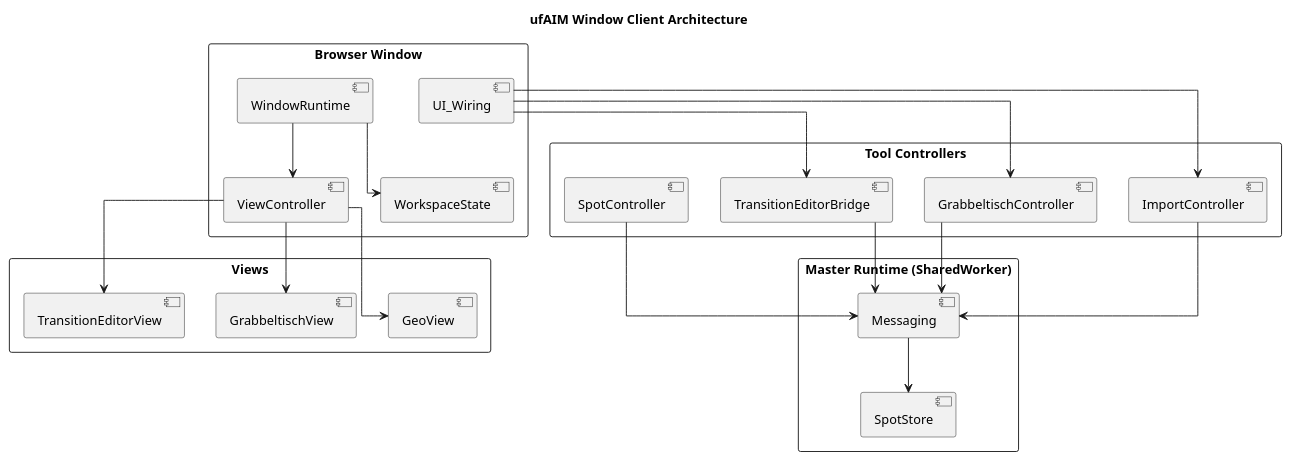
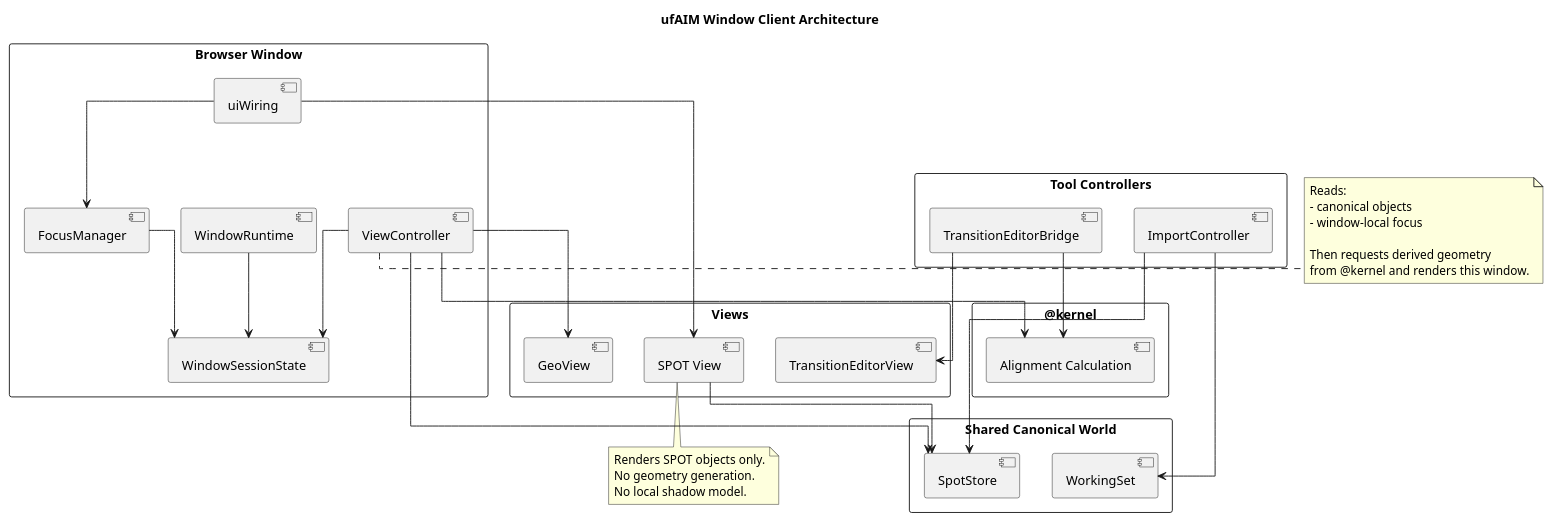
Before and after one commit to uweFalz/ufAIM: the diagram in docs/diagrams/window_client_architecture.puml, drawn with PlantUML. The commit also changed 40 other files, not shown here.

```diff
--- a/docs/diagrams/window_client_architecture.puml
+++ b/docs/diagrams/window_client_architecture.puml
@@ -1,67 +1,71 @@
 @startuml
 
 title ufAIM Window Client Architecture
 
 skinparam linetype ortho
 skinparam packageStyle rectangle
+skinparam shadowing false
 
 package "Browser Window" {
-
-    [WindowRuntime]
-
-    [ViewController]
-    [UI_Wiring]
-
-    [WorkspaceState]
-
+  [WindowRuntime]
+  [WindowSessionState]
+  [FocusManager]
+  [uiWiring]
+  [ViewController]
 }
 
 package "Tool Controllers" {
-
-    [ImportController]
-
-    [GrabbeltischController]
-
-    [TransitionEditorBridge]
-
-    [SpotController]
-
+  [ImportController]
+  [TransitionEditorBridge]
 }
 
 package "Views" {
-
-    [GeoView]
-
-    [GrabbeltischView]
-
-    [TransitionEditorView]
-
+  [GeoView]
+  [SPOT View]
+  [TransitionEditorView]
 }
 
-package "Master Runtime (SharedWorker)" {
-
-    [Messaging]
-
-    [SpotStore]
-
+package "Shared Canonical World" {
+  [SpotStore]
+  [WorkingSet]
 }
 
-WindowRuntime --> ViewController
-WindowRuntime --> WorkspaceState
+package "@kernel" {
+  [Alignment Calculation]
+}
 
-ViewController --> GeoView
-ViewController --> GrabbeltischView
-ViewController --> TransitionEditorView
+[WindowRuntime] --> [WindowSessionState]
+[FocusManager] --> [WindowSessionState]
 
-UI_Wiring --> ImportController
-UI_Wiring --> GrabbeltischController
-UI_Wiring --> TransitionEditorBridge
+[uiWiring] --> [FocusManager]
+[uiWiring] --> [SPOT View]
 
-ImportController --> Messaging
-GrabbeltischController --> Messaging
-TransitionEditorBridge --> Messaging
-SpotController --> Messaging
+[ImportController] --> [WorkingSet]
+[ImportController] --> [SpotStore]
 
-Messaging --> SpotStore
+[ViewController] --> [WindowSessionState]
+[ViewController] --> [SpotStore]
+[ViewController] --> [Alignment Calculation]
+[ViewController] --> [GeoView]
+
+[SPOT View] --> [SpotStore]
+
+[TransitionEditorBridge] --> [Alignment Calculation]
+[TransitionEditorBridge] --> [TransitionEditorView]
+
+note right of [ViewController]
+Reads:
+- canonical objects
+- window-local focus
+
+Then requests derived geometry
+from @kernel and renders this window.
+end note
+
+note bottom of [SPOT View]
+Renders SPOT objects only.
+No geometry generation.
+No local shadow model.
+end note
 
 @enduml
```
